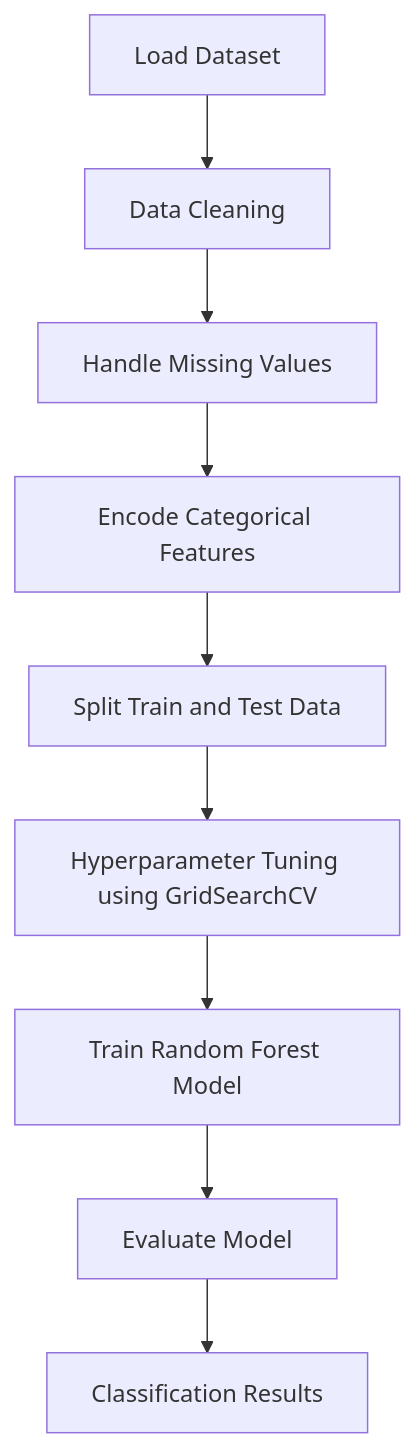
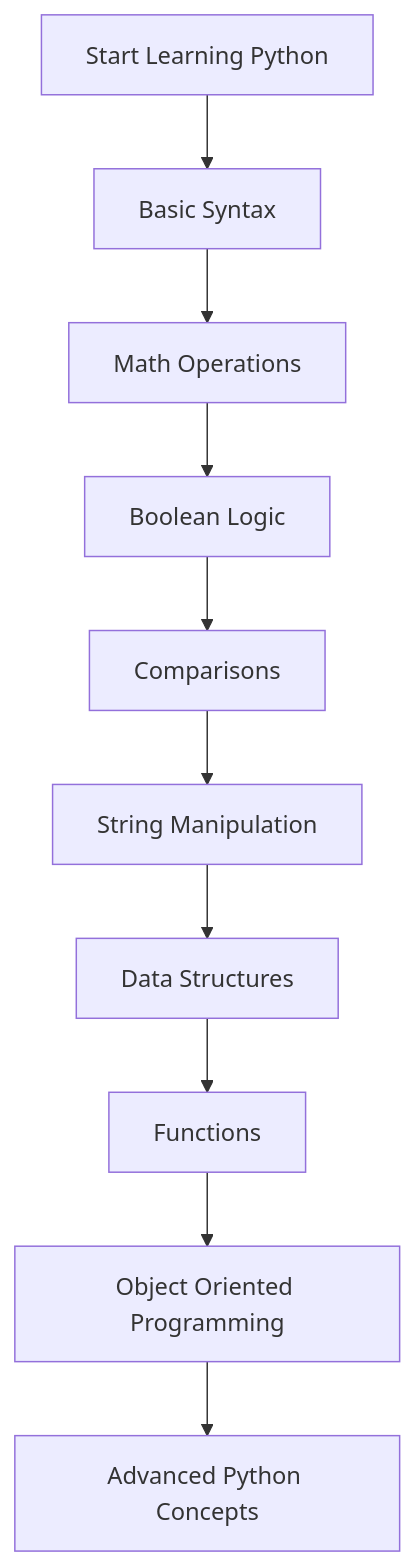
One commit to ft-FiasCode/learnPython changed the diagram in README.md. Above: the diagram before and after it, drawn with Mermaid. The commit also changed other lines of this file, not shown here.

````diff
--- a/README.md
+++ b/README.md
@@ -143,11 +131,12 @@
 ```mermaid
 flowchart TD
-    A[Load Dataset] --> B[Data Cleaning]
-    B --> C[Handle Missing Values]
-    C --> D[Encode Categorical Features]
-    D --> E[Split Train and Test Data]
-    E --> F[Hyperparameter Tuning using GridSearchCV]
-    F --> G[Train Random Forest Model]
-    G --> H[Evaluate Model]
-    H --> I[Classification Results]
+    A[Start Learning Python] --> B[Basic Syntax]
+    B --> C[Math Operations]
+    C --> D[Boolean Logic]
+    D --> E[Comparisons]
+    E --> F[String Manipulation]
+    F --> G[Data Structures]
+    G --> H[Functions]
+    H --> I[Object Oriented Programming]
+    I --> J[Advanced Python Concepts]
 ```
````
